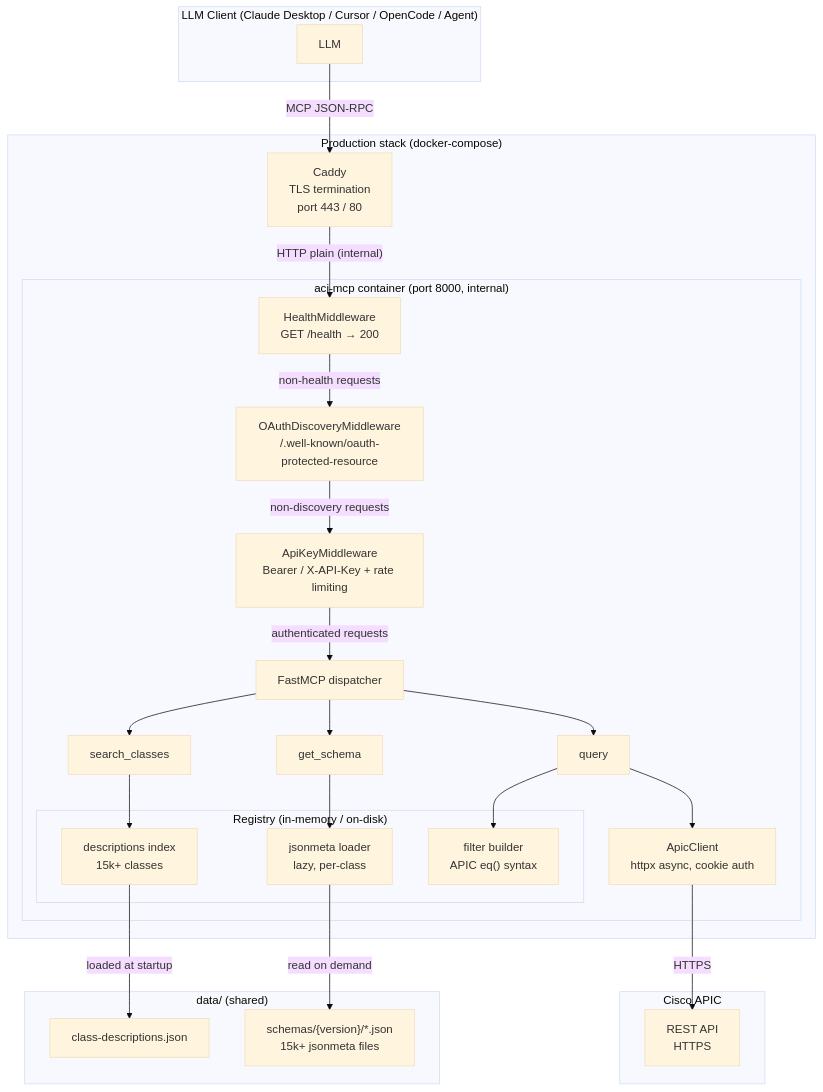
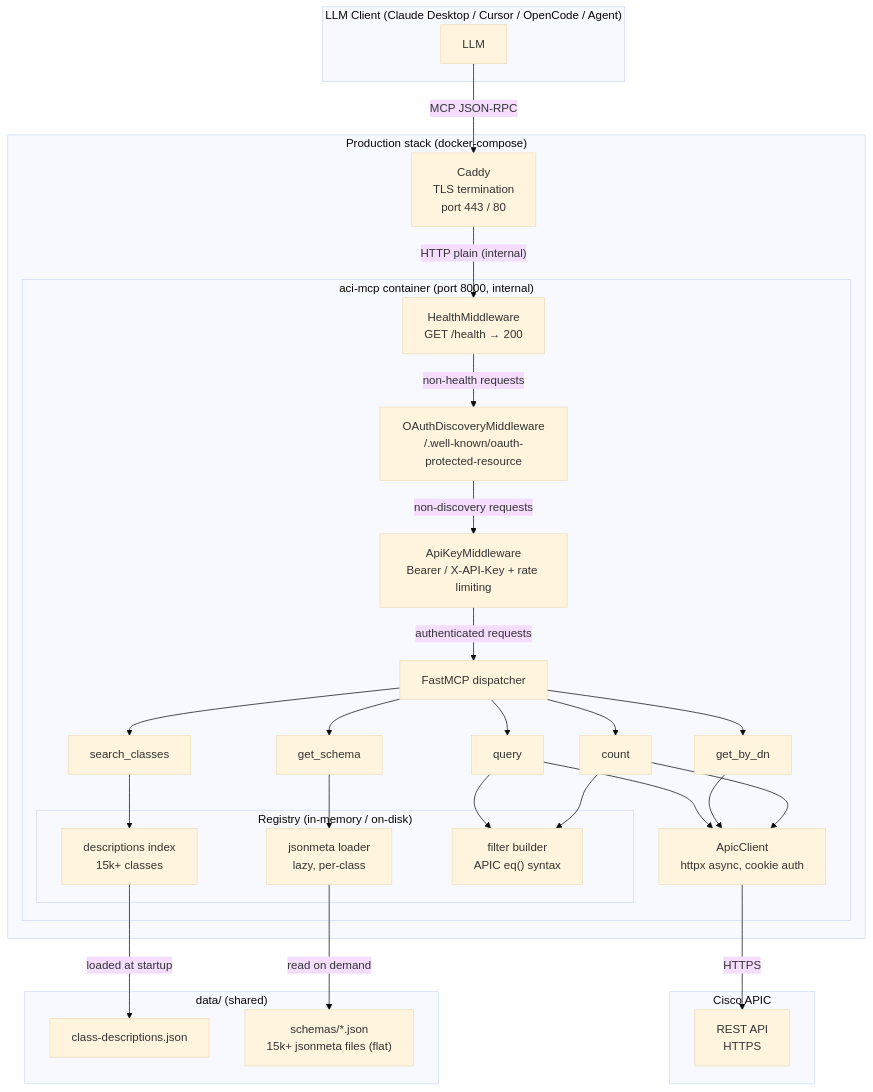
Before and after one commit to k3l0-dev/aci-mcp: the second of 3 diagrams in docs/architecture/overview.md, drawn with Mermaid (base theme). The commit also changed other lines of this file and 19 other files, not shown here.

````diff
--- a/docs/architecture/overview.md
+++ b/docs/architecture/overview.md
@@ -31,50 +36,57 @@
 ```mermaid
 graph TB
     subgraph client["LLM Client (Claude Desktop / Cursor / OpenCode / Agent)"]
         llm["LLM"]
     end
 
     subgraph prod["Production stack (docker-compose)"]
         caddy["Caddy\nTLS termination\nport 443 / 80"]
         subgraph mcp_server["aci-mcp container (port 8000, internal)"]
             health["HealthMiddleware\nGET /health → 200"]
             oauth["OAuthDiscoveryMiddleware\n/.well-known/oauth-protected-resource"]
             auth["ApiKeyMiddleware\nBearer / X-API-Key + rate limiting"]
             fm["FastMCP dispatcher"]
             t1["search_classes"]
             t2["get_schema"]
             t3["query"]
+            t4["get_by_dn"]
+            t5["count"]
             subgraph registry["Registry (in-memory / on-disk)"]
                 desc["descriptions index\n15k+ classes"]
                 schema["jsonmeta loader\nlazy, per-class"]
                 filt["filter builder\nAPIC eq() syntax"]
             end
             apic_client["ApicClient\nhttpx async, cookie auth"]
         end
     end
 
     subgraph apic["Cisco APIC"]
         rest["REST API\nHTTPS"]
     end
 
     subgraph datastore["data/ (shared)"]
         json["class-descriptions.json"]
-        schemas_dir["schemas/{version}/*.json\n15k+ jsonmeta files"]
+        schemas_dir["schemas/*.json\n15k+ jsonmeta files (flat)"]
     end
 
     llm -->|"MCP JSON-RPC"| caddy
     caddy -->|"HTTP plain (internal)"| health
     health -->|"non-health requests"| oauth
     oauth -->|"non-discovery requests"| auth
     auth -->|"authenticated requests"| fm
     fm --> t1
     fm --> t2
     fm --> t3
+    fm --> t4
+    fm --> t5
     t1 --> desc
     t2 --> schema
     t3 --> filt
     t3 --> apic_client
+    t4 --> apic_client
+    t5 --> filt
+    t5 --> apic_client
     desc -->|"loaded at startup"| json
     schema -->|"read on demand"| schemas_dir
     apic_client -->|"HTTPS"| rest
 ```
````
